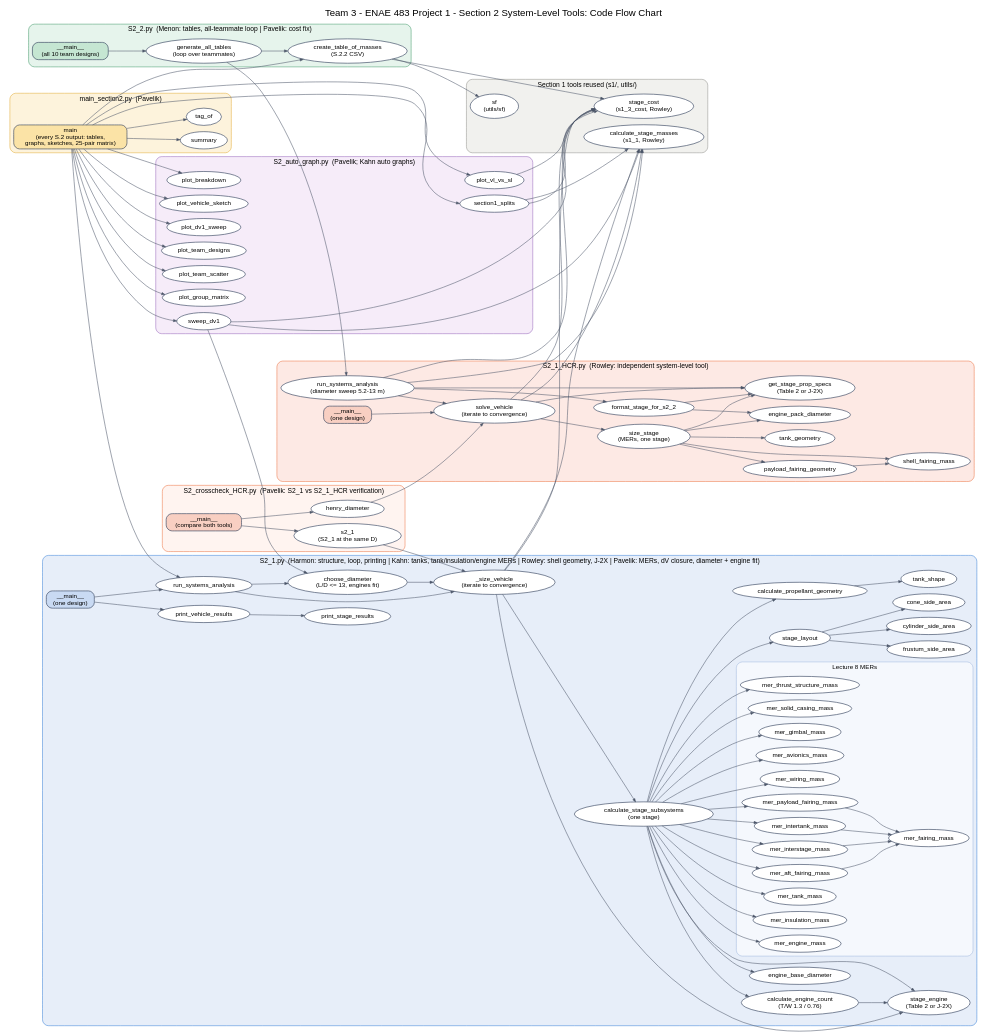
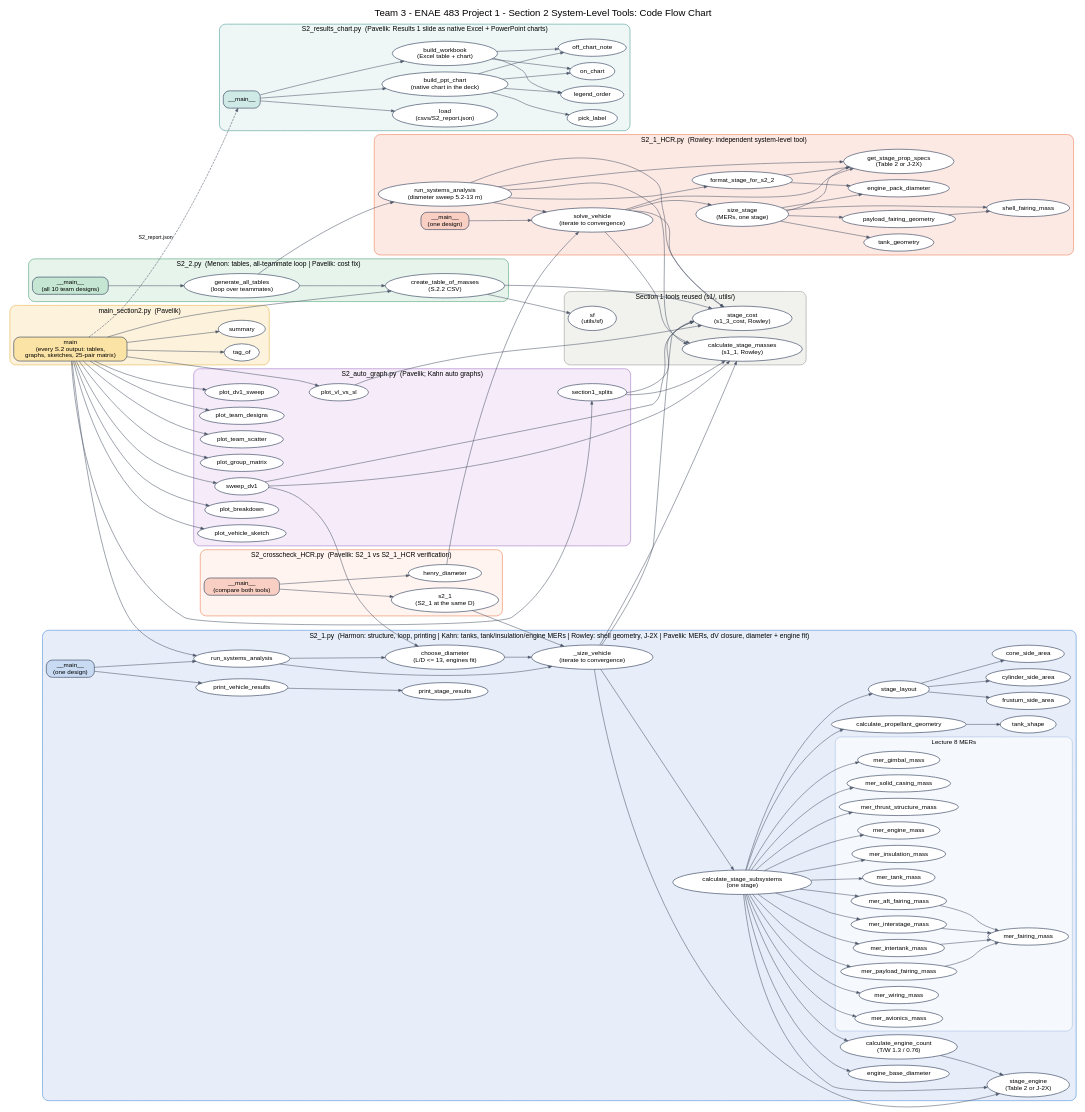
One commit to AerospadeX007/SYS-PROJ-1 changed the diagram in docs/S2_code_flowchart.dot. Above: the diagram before and after it, drawn with Graphviz. The commit also changed 4 other files, not shown here.

First line of the commit message:
S2_results_chart.py: Results 1 (S.2.3) as a native Excel chart + native PowerPoint chart; flow chart and requirements updated

```diff
--- a/docs/S2_code_flowchart.dot
+++ b/docs/S2_code_flowchart.dot
@@ -1,92 +1,103 @@
 // Section 2 (system-level tool) code flow chart -- A.5.b / G.3
 // Regenerate: dot -Tpdf S2_code_flowchart.dot -o S2_code_flowchart.pdf ; dot -Tpng -Gdpi=150 S2_code_flowchart.dot -o S2_code_flowchart.png
 // Author: Shaunn Pavelik (10/8/2026; updated 10/14 for J-2X + cross-check; 10/15 for S2_2's all-teammate
-// loop and S2_1_HCR's diameter sweep), from the call graph of the Section 2 files on main
+// loop and S2_1_HCR's diameter sweep, plus S2_results_chart.py), from the call graph of the Section 2 files on main
 digraph S2 {
   rankdir=LR; newrank=true; nodesep=0.18; ranksep=0.55; compound=true;
   graph [fontname="Helvetica", fontsize=20, labelloc=t, label="Team 3 - ENAE 483 Project 1 - Section 2 System-Level Tools: Code Flow Chart\n"];
   node  [shape=ellipse, fontname="Helvetica", fontsize=13, style=filled, fillcolor="#ffffff", color="#33415c", penwidth=1.3];
   edge  [color="#4a5568", arrowsize=0.7, penwidth=1.1];
 
   subgraph cluster_main { label="main_section2.py  (Pavelik)"; style="rounded,filled"; fillcolor="#fdf3dc"; color="#e0a526"; fontsize=14;
     main [label="main\n(every S.2 output: tables,\ngraphs, sketches, 25-pair matrix)", shape=box, style="rounded,filled,bold", fillcolor="#fbe3a6"];
     summary; tag_of;
   }
   subgraph cluster_s21 { label="S2_1.py  (Harmon: structure, loop, printing | Kahn: tanks, tank/insulation/engine MERs | Rowley: shell geometry, J-2X | Pavelik: MERs, dV closure, diameter + engine fit)"; style="rounded,filled"; fillcolor="#e7eef9"; color="#2a78d6"; fontsize=14;
     s21main [label="__main__\n(one design)", shape=box, style="rounded,filled,bold", fillcolor="#c9daf3"];
     run_systems_analysis [label="run_systems_analysis"]; choose_diameter [label="choose_diameter\n(L/D <= 13, engines fit)"];
     _size_vehicle [label="_size_vehicle\n(iterate to convergence)"];
     calculate_stage_subsystems [label="calculate_stage_subsystems\n(one stage)"];
     calculate_propellant_geometry; tank_shape; stage_layout;
     cylinder_side_area; cone_side_area; frustum_side_area;
     calculate_engine_count [label="calculate_engine_count\n(T/W 1.3 / 0.76)"]; engine_base_diameter;
     stage_engine [label="stage_engine\n(Table 2 or J-2X)"];
     print_vehicle_results; print_stage_results;
     subgraph cluster_mer { label="Lecture 8 MERs"; style="rounded,filled"; fillcolor="#f5f8fd"; color="#9ab4dc"; fontsize=13;
       mer_tank_mass; mer_insulation_mass; mer_engine_mass; mer_thrust_structure_mass; mer_solid_casing_mass;
       mer_gimbal_mass; mer_avionics_mass; mer_wiring_mass;
       mer_payload_fairing_mass; mer_intertank_mass; mer_interstage_mass; mer_aft_fairing_mass; mer_fairing_mass;
     }
   }
   subgraph cluster_s22 { label="S2_2.py  (Menon: tables, all-teammate loop | Pavelik: cost fix)"; style="rounded,filled"; fillcolor="#e6f4ec"; color="#2f8f5b"; fontsize=14;
     s22main [label="__main__\n(all 10 team designs)", shape=box, style="rounded,filled,bold", fillcolor="#c5e6d2"];
     generate_all_tables [label="generate_all_tables\n(loop over teammates)"];
     create_table_of_masses [label="create_table_of_masses\n(S.2.2 CSV)"];
   }
   subgraph cluster_hcr { label="S2_1_HCR.py  (Rowley: independent system-level tool)"; style="rounded,filled"; fillcolor="#fde9e4"; color="#eb6834"; fontsize=14;
     hcrmain [label="__main__\n(one design)", shape=box, style="rounded,filled,bold", fillcolor="#f8cfc2"];
     hcr_run [label="run_systems_analysis\n(diameter sweep 5.2-13 m)"];
     solve_vehicle [label="solve_vehicle\n(iterate to convergence)"];
     size_stage [label="size_stage\n(MERs, one stage)"];
     format_stage_for_s2_2; get_stage_prop_specs [label="get_stage_prop_specs\n(Table 2 or J-2X)"];
     tank_geometry; payload_fairing_geometry; shell_fairing_mass; engine_pack_diameter;
   }
   subgraph cluster_x { label="S2_crosscheck_HCR.py  (Pavelik: S2_1 vs S2_1_HCR verification)"; style="rounded,filled"; fillcolor="#fff4f0"; color="#eb6834"; fontsize=14;
     xmain [label="__main__\n(compare both tools)", shape=box, style="rounded,filled,bold", fillcolor="#f8cfc2"];
     henry_diameter; s2_1 [label="s2_1\n(S2_1 at the same D)"];
   }
   subgraph cluster_graph { label="S2_auto_graph.py  (Pavelik; Kahn auto graphs)"; style="rounded,filled"; fillcolor="#f6ecf9"; color="#8e5bb5"; fontsize=14;
     section1_splits; sweep_dv1; plot_breakdown; plot_vl_vs_sl; plot_vehicle_sketch; plot_dv1_sweep;
     plot_team_designs; plot_team_scatter; plot_group_matrix;
   }
+  subgraph cluster_xl { label="S2_results_chart.py  (Pavelik: Results 1 slide as native Excel + PowerPoint charts)"; style="rounded,filled"; fillcolor="#eef7f6"; color="#2b8a84"; fontsize=14;
+    xlmain [label="__main__", shape=box, style="rounded,filled,bold", fillcolor="#cfe9e6"];
+    load_report [label="load\n(csvs/S2_report.json)"]; build_workbook [label="build_workbook\n(Excel table + chart)"];
+    build_ppt_chart [label="build_ppt_chart\n(native chart in the deck)"]; on_chart; off_chart_note; legend_order; pick_label;
+  }
   subgraph cluster_s1 { label="Section 1 tools reused (s1/, utils/)"; style="rounded,filled"; fillcolor="#f1f1ee"; color="#8a8a85"; fontsize=14;
     calculate_stage_masses [label="calculate_stage_masses\n(s1_1, Rowley)"]; stage_cost [label="stage_cost\n(s1_3_cost, Rowley)"]; sf [label="sf\n(utils/sf)"];
   }
 
   // main_section2: S2_1 results -> S2_2 tables + every graph
   main -> {section1_splits run_systems_analysis create_table_of_masses plot_breakdown plot_vl_vs_sl plot_vehicle_sketch sweep_dv1 plot_dv1_sweep plot_team_designs plot_team_scatter plot_group_matrix summary tag_of};
   s21main -> {run_systems_analysis print_vehicle_results};
   run_systems_analysis -> {choose_diameter _size_vehicle};
   choose_diameter -> _size_vehicle;
   _size_vehicle -> {calculate_stage_masses calculate_stage_subsystems stage_cost stage_engine};
   calculate_stage_subsystems -> {calculate_propellant_geometry stage_layout calculate_engine_count engine_base_diameter stage_engine};
   calculate_engine_count -> stage_engine;
   calculate_stage_subsystems -> {mer_tank_mass mer_insulation_mass mer_engine_mass mer_thrust_structure_mass mer_solid_casing_mass mer_gimbal_mass mer_avionics_mass mer_wiring_mass mer_payload_fairing_mass mer_intertank_mass mer_interstage_mass mer_aft_fairing_mass};
   {mer_payload_fairing_mass mer_intertank_mass mer_interstage_mass mer_aft_fairing_mass} -> mer_fairing_mass;
   calculate_propellant_geometry -> tank_shape;
   stage_layout -> {cylinder_side_area cone_side_area frustum_side_area};
   print_vehicle_results -> print_stage_results;
 
   // S2_2: all ten designs through S2_1_HCR
   s22main -> generate_all_tables;
   generate_all_tables -> {hcr_run create_table_of_masses};
   create_table_of_masses -> {stage_cost sf};
 
   // S2_1_HCR
   hcrmain -> solve_vehicle;
   hcr_run -> {solve_vehicle format_stage_for_s2_2 get_stage_prop_specs calculate_stage_masses stage_cost};
   solve_vehicle -> {size_stage get_stage_prop_specs calculate_stage_masses stage_cost};
   size_stage -> {get_stage_prop_specs tank_geometry payload_fairing_geometry shell_fairing_mass engine_pack_diameter};
   payload_fairing_geometry -> shell_fairing_mass;
   format_stage_for_s2_2 -> {get_stage_prop_specs engine_pack_diameter};
 
   // cross-check
   xmain -> {henry_diameter s2_1};
   henry_diameter -> solve_vehicle;
   s2_1 -> _size_vehicle;
 
+  // Results 1 charts (reads the JSON main_section2.py writes)
+  main -> xlmain [style=dashed, label="S2_report.json", fontsize=11, fontname="Helvetica"];
+  xlmain -> {load_report build_workbook build_ppt_chart};
+  build_workbook -> {on_chart off_chart_note legend_order};
+  build_ppt_chart -> {on_chart off_chart_note legend_order pick_label};
+
   // graphs
   section1_splits -> {calculate_stage_masses stage_cost};
   sweep_dv1 -> {choose_diameter calculate_stage_masses stage_cost};
   plot_vl_vs_sl -> stage_cost;
 }
```
